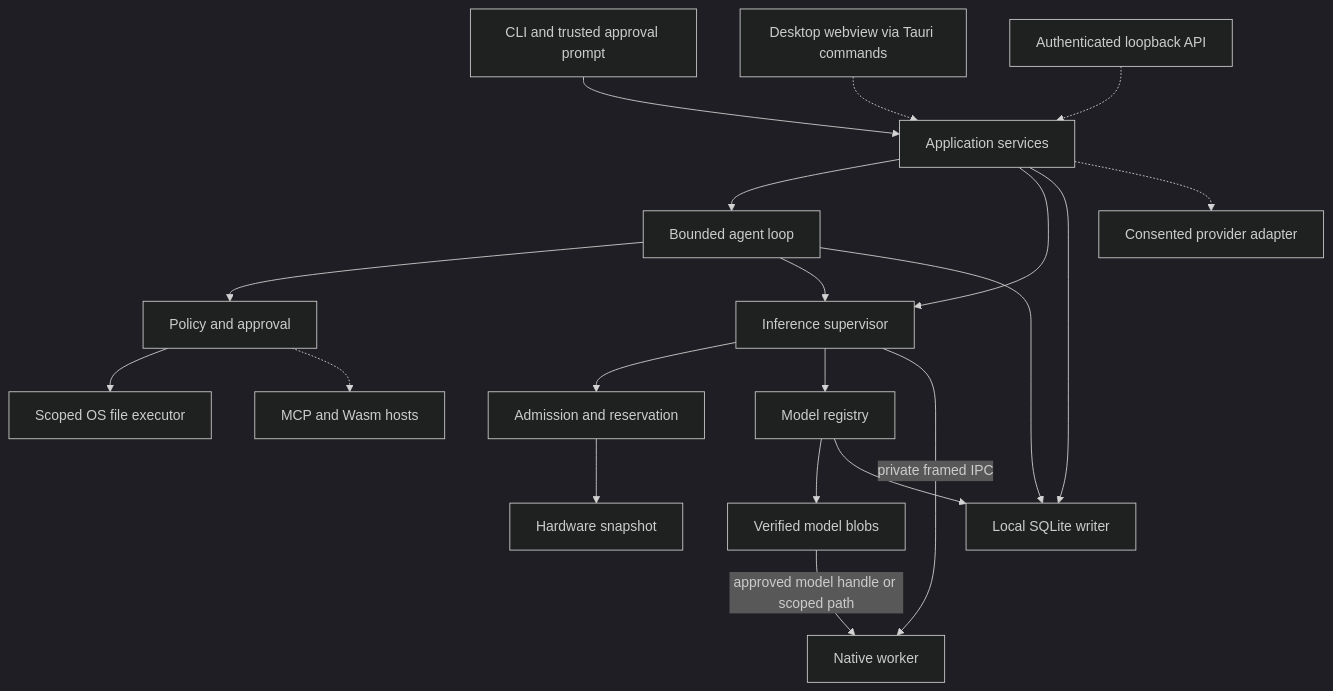
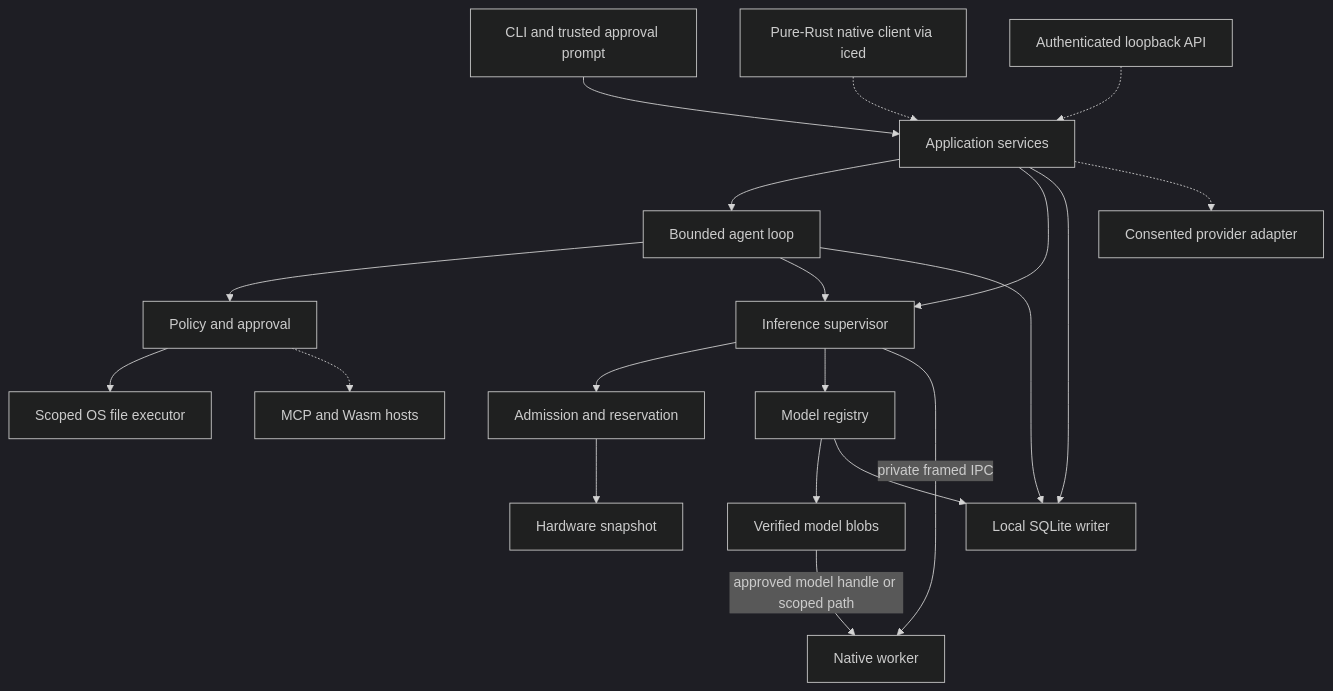
Before and after one commit to hami9/Lora-Agent: the diagram in docs/ARCHITECTURE.md, drawn with Mermaid (dark theme). The commit also changed 24 other files, not shown here.

Commit message:
v0.2.23: Pure-Rust native Discord-style desktop client (iced) & Broker Attestation

````diff
--- a/docs/ARCHITECTURE.md
+++ b/docs/ARCHITECTURE.md
@@ -17,22 +17,22 @@
 ```mermaid
 flowchart TD
     CLI[CLI and trusted approval prompt] --> Core[Application services]
-    Desktop[Desktop webview via Tauri commands] -.-> Core
+    Desktop[Pure-Rust native client via iced] -.-> Core
     API[Authenticated loopback API] -.-> Core
     Core --> Agent[Bounded agent loop]
     Agent --> Gate[Policy and approval]
     Gate --> Tool[Scoped OS file executor]
     Core --> Runtime[Inference supervisor]
     Agent --> Runtime
     Runtime --> Planner[Admission and reservation]
     Planner --> Probe[Hardware snapshot]
     Runtime --> Catalog[Model registry]
     Runtime -->|private framed IPC| Worker[Native worker]
     Catalog --> Blobs[Verified model blobs]
     Blobs -->|approved model handle or scoped path| Worker
     Core --> Store[Local SQLite writer]
     Agent --> Store
     Catalog --> Store
     Gate -.-> Extensions[MCP and Wasm hosts]
     Core -.-> Cloud[Consented provider adapter]
 ```
````
